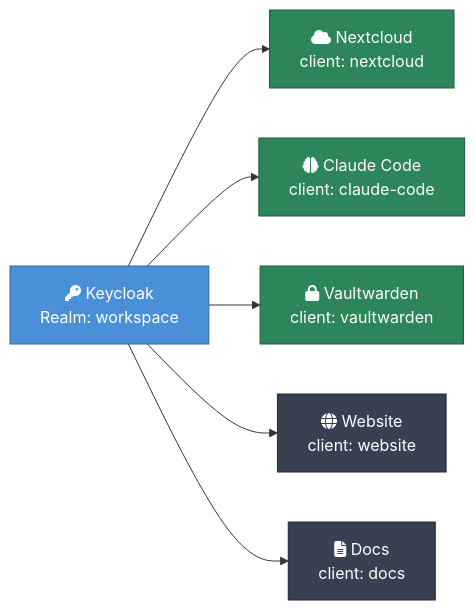
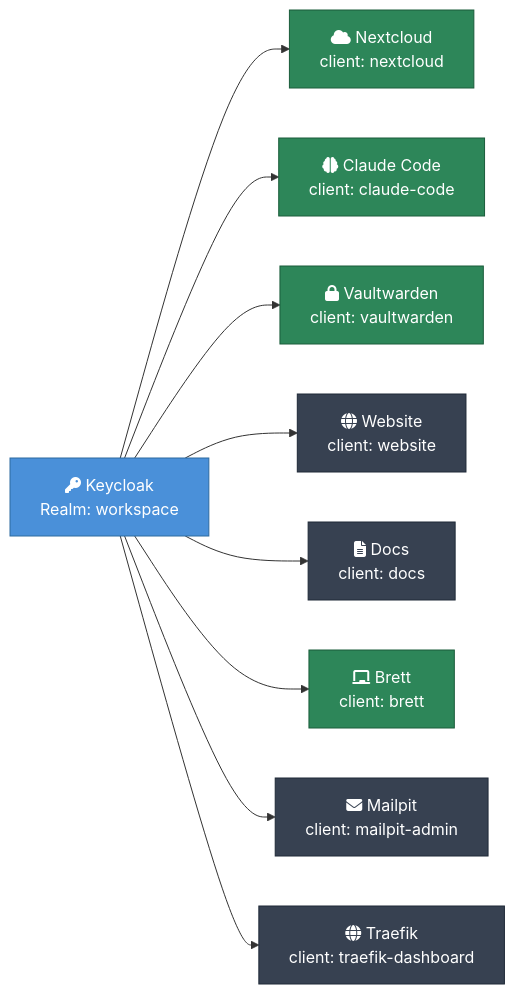
Before and after one commit to Paddione/Bachelorprojekt: the first of 2 diagrams in k3d/docs-content/keycloak.md, drawn with Mermaid. The commit also changed other lines of this file and 11 other files, not shown here.

First line of the commit message:
docs: update architecture diagrams and data model to current state

````diff
--- a/k3d/docs-content/keycloak.md
+++ b/k3d/docs-content/keycloak.md
@@ -35,20 +35,23 @@
 ```mermaid
 graph LR
     KC["fa:fa-key Keycloak\nRealm: workspace"]
 
     NC["fa:fa-cloud Nextcloud\nclient: nextcloud"]
     CC["fa:fa-brain Claude Code\nclient: claude-code"]
     VW["fa:fa-lock Vaultwarden\nclient: vaultwarden"]
     WEB["fa:fa-globe Website\nclient: website"]
     DOCS["fa:fa-file-lines Docs\nclient: docs"]
+    BRETT["fa:fa-chalkboard Brett\nclient: brett"]
+    MAIL["fa:fa-envelope Mailpit\nclient: mailpit-admin"]
+    TRAEFIK["fa:fa-globe Traefik\nclient: traefik-dashboard"]
 
-    KC --> NC & CC & VW & WEB & DOCS
+    KC --> NC & CC & VW & WEB & DOCS & BRETT & MAIL & TRAEFIK
 
     classDef kc fill:#4a90d9,color:#fff,stroke:#2d6a9f
     classDef service fill:#2d8659,color:#fff,stroke:#1a5c3a
     classDef infra fill:#374151,color:#fff,stroke:#1f2937
 
     class KC kc
-    class NC,CC,VW service
-    class WEB,DOCS infra
+    class NC,CC,VW,BRETT service
+    class WEB,DOCS,MAIL,TRAEFIK infra
 ```
````
